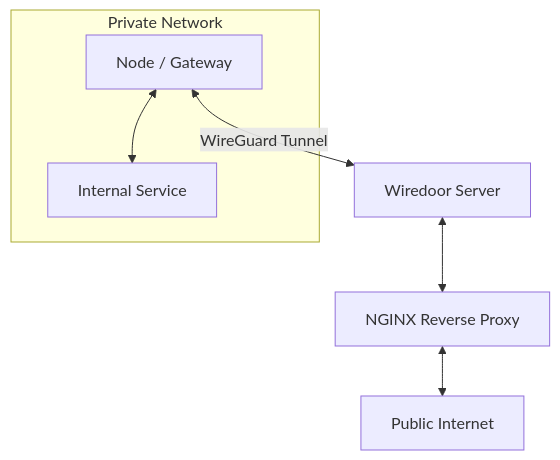
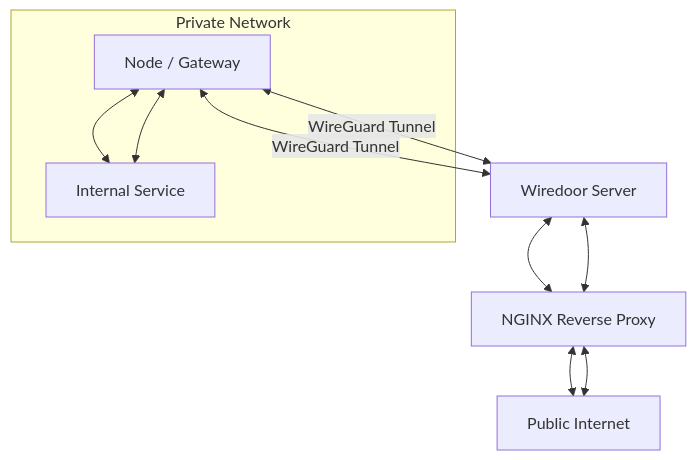
One commit to wiredoor/wiredoor changed the diagram in documentation/index.mdx. Above: the diagram before and after it, drawn with Mermaid. The commit also changed other lines of this file and 39 other files, not shown here.

````diff
--- a/documentation/index.mdx
+++ b/documentation/index.mdx
@@ -59,9 +69,13 @@
 ```mermaid
 graph TD
     subgraph Private Network
+      A[Node / Gateway] <--> B[Internal Service]
       A[Node / Gateway] <--> B[Internal Service]
     end
     A <-->|WireGuard Tunnel| W[Wiredoor Server]
     W <--> N[NGINX Reverse Proxy]
     N <--> I[Public Internet]
+    A <-->|WireGuard Tunnel| W[Wiredoor Server]
+    W <--> N[NGINX Reverse Proxy]
+    N <--> I[Public Internet]
 ```
````
